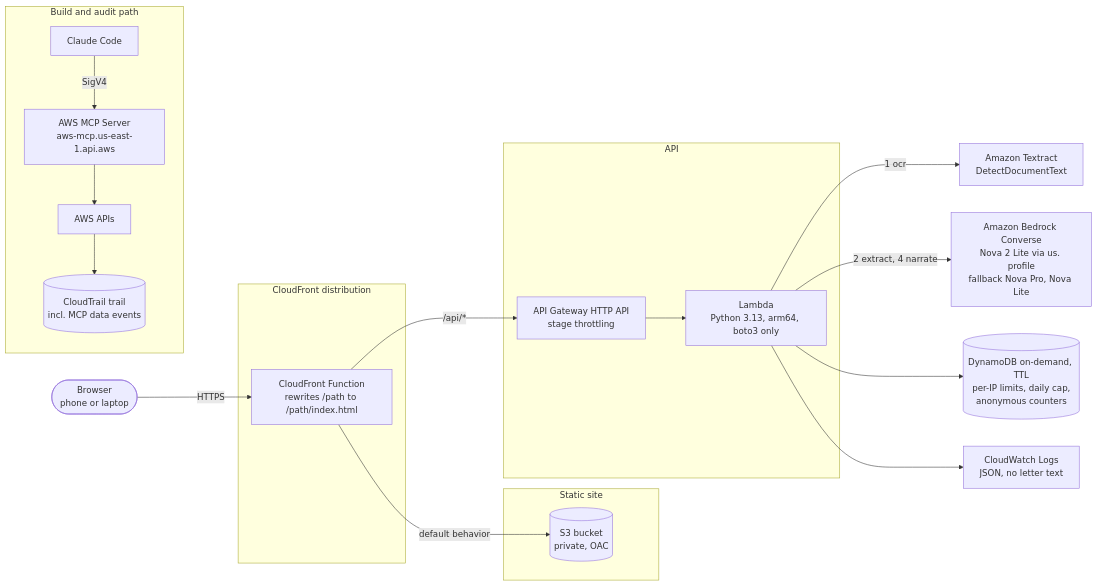
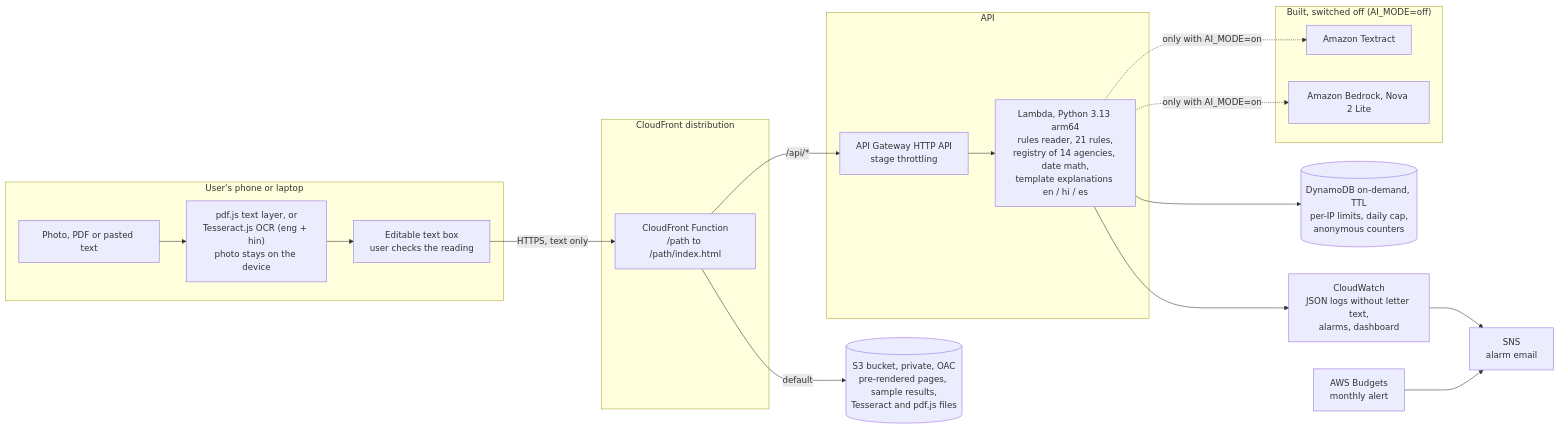
One commit to satanrayshe/plainly changed the diagram in docs/architecture.md. Above: the diagram before and after it, drawn with Mermaid. The commit also changed other lines of this file and 75 other files, not shown here.

First line of the commit message:
Option B: read letters on the device, run the rules engine with AI switched off

````diff
--- a/docs/architecture.md
+++ b/docs/architecture.md
@@ -9,37 +9,41 @@
 ```mermaid
 flowchart LR
-    user(["Browser<br/>phone or laptop"])
+    subgraph device ["User's phone or laptop"]
+        pick["Photo, PDF or pasted text"]
+        ocr["pdf.js text layer, or<br/>Tesseract.js OCR (eng + hin)<br/>photo stays on the device"]
+        edit["Editable text box<br/>user checks the reading"]
+        pick --> ocr --> edit
+    end
 
     subgraph edge ["CloudFront distribution"]
-        cff["CloudFront Function<br/>rewrites /path to /path/index.html"]
+        cff["CloudFront Function<br/>/path to /path/index.html"]
     end
 
-    subgraph static ["Static site"]
-        s3[("S3 bucket<br/>private, OAC")]
-    end
+    s3[("S3 bucket, private, OAC<br/>pre-rendered pages, sample results,<br/>Tesseract and pdf.js files")]
 
     subgraph api ["API"]
         apigw["API Gateway HTTP API<br/>stage throttling"]
-        lambda["Lambda<br/>Python 3.13, arm64, boto3 only"]
+        lambda["Lambda, Python 3.13 arm64<br/>rules reader, 21 rules,<br/>registry of 14 agencies, date math,<br/>template explanations en / hi / es"]
     end
 
-    textract["Amazon Textract<br/>DetectDocumentText"]
-    bedrock["Amazon Bedrock Converse<br/>Nova 2 Lite via us. profile<br/>fallback Nova Pro, Nova Lite"]
     ddb[("DynamoDB on-demand, TTL<br/>per-IP limits, daily cap,<br/>anonymous counters")]
-    cw["CloudWatch Logs<br/>JSON, no letter text"]
+    cw["CloudWatch<br/>JSON logs without letter text,<br/>alarms, dashboard"]
+    sns["SNS<br/>alarm email"]
+    budgets["AWS Budgets<br/>monthly alert"]
 
-    user -->|"HTTPS"| cff
-    cff -->|"default behavior"| s3
+    edit -->|"HTTPS, text only"| cff
+    cff -->|"default"| s3
     cff -->|"/api/*"| apigw
     apigw --> lambda
-    lambda -->|"1 ocr"| textract
-    lambda -->|"2 extract, 4 narrate"| bedrock
     lambda --> ddb
     lambda --> cw
+    cw --> sns
+    budgets --> sns
 
-    subgraph build ["Build and audit path"]
-        agent["Claude Code"] -->|"SigV4"| mcp["AWS MCP Server<br/>aws-mcp.us-east-1.api.aws"]
-        mcp --> awsapis["AWS APIs"]
-        awsapis --> trail[("CloudTrail trail<br/>incl. MCP data events")]
+    subgraph off ["Built, switched off (AI_MODE=off)"]
+        textract["Amazon Textract"]
+        bedrock["Amazon Bedrock, Nova 2 Lite"]
     end
+    lambda -.->|"only with AI_MODE=on"| textract
+    lambda -.->|"only with AI_MODE=on"| bedrock
 ```
````
